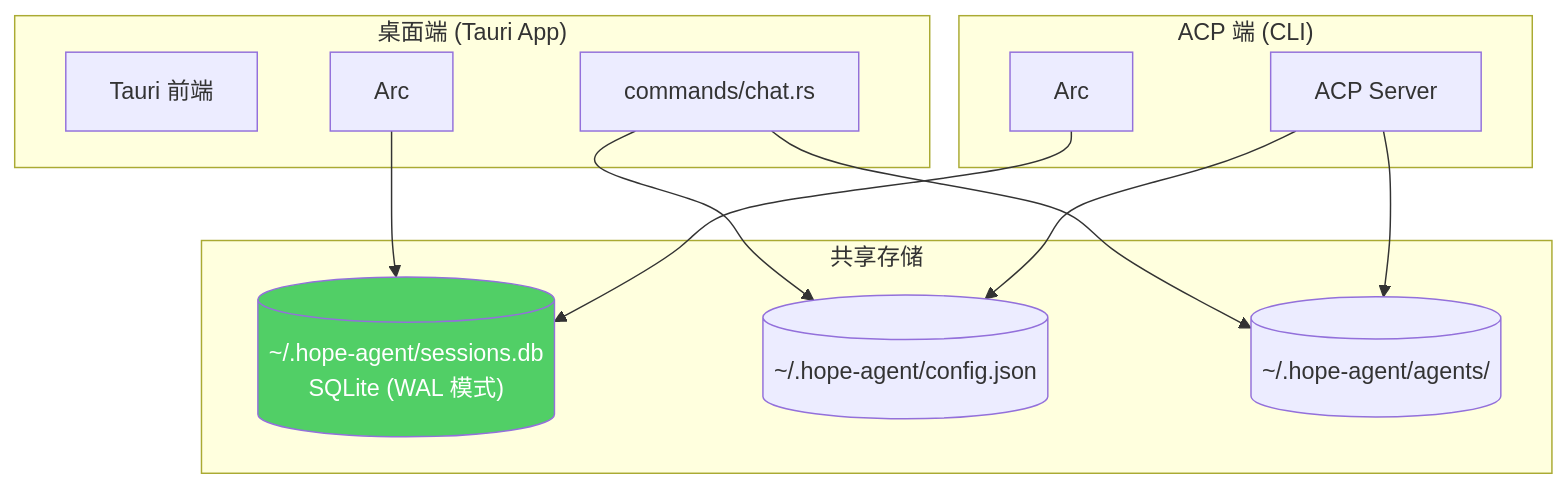
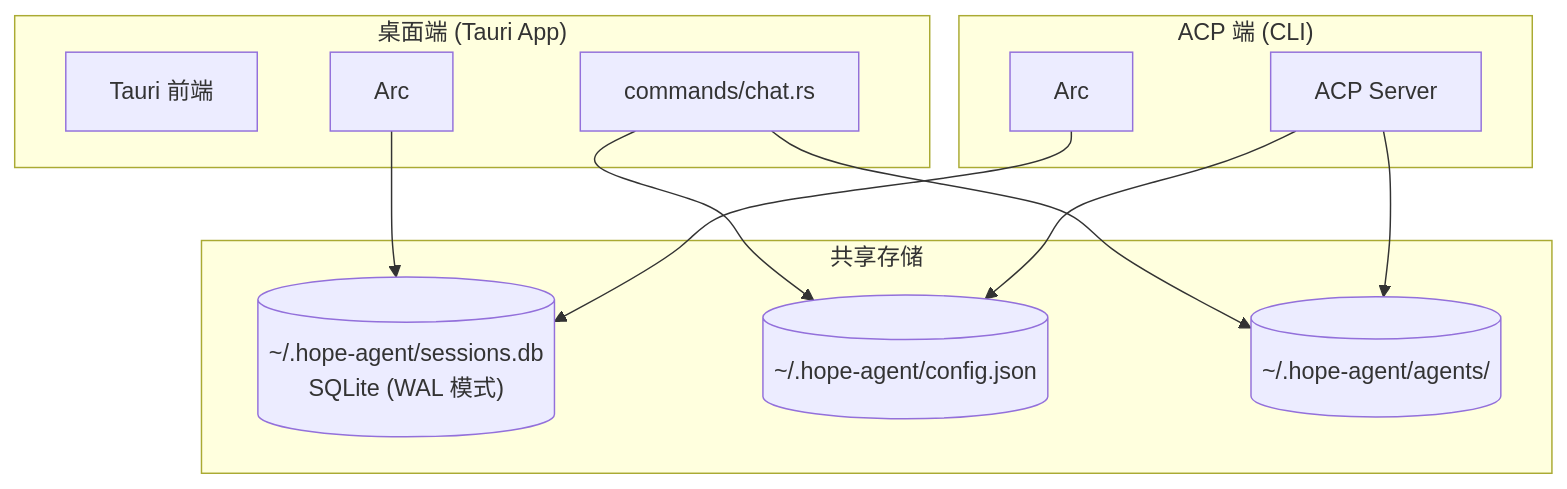
Diagram 11 of 11 in docs/architecture/acp.md (shiwenwen/hope-agent), drawn with Mermaid before and after one commit. The commit also changed other lines of this file and 13 other files, not shown here.

First line of the commit message:
docs: 移除 mermaid 图表中的自定义背景色填充

````diff
--- a/docs/architecture/acp.md
+++ b/docs/architecture/acp.md
@@ -513,28 +496,27 @@
 ```mermaid
 graph TB
     subgraph "桌面端 (Tauri App)"
         TAURI["Tauri 前端"]
         CHAT_CMD["commands/chat.rs"]
         TAURI_DB["Arc<SessionDB>"]
     end
 
     subgraph "ACP 端 (CLI)"
         ACP_SERVER["ACP Server"]
         ACP_DB["Arc<SessionDB>"]
     end
 
     subgraph "共享存储"
         SQLITE[("~/.hope-agent/sessions.db<br/>SQLite (WAL 模式)")]
         CONFIG_JSON[("~/.hope-agent/config.json")]
         AGENTS_FS[("~/.hope-agent/agents/")]
     end
 
     TAURI_DB --> SQLITE
     ACP_DB --> SQLITE
     CHAT_CMD --> CONFIG_JSON
     ACP_SERVER --> CONFIG_JSON
     CHAT_CMD --> AGENTS_FS
     ACP_SERVER --> AGENTS_FS
 
-    style SQLITE fill:#51cf66,color:#fff
 ```
````
